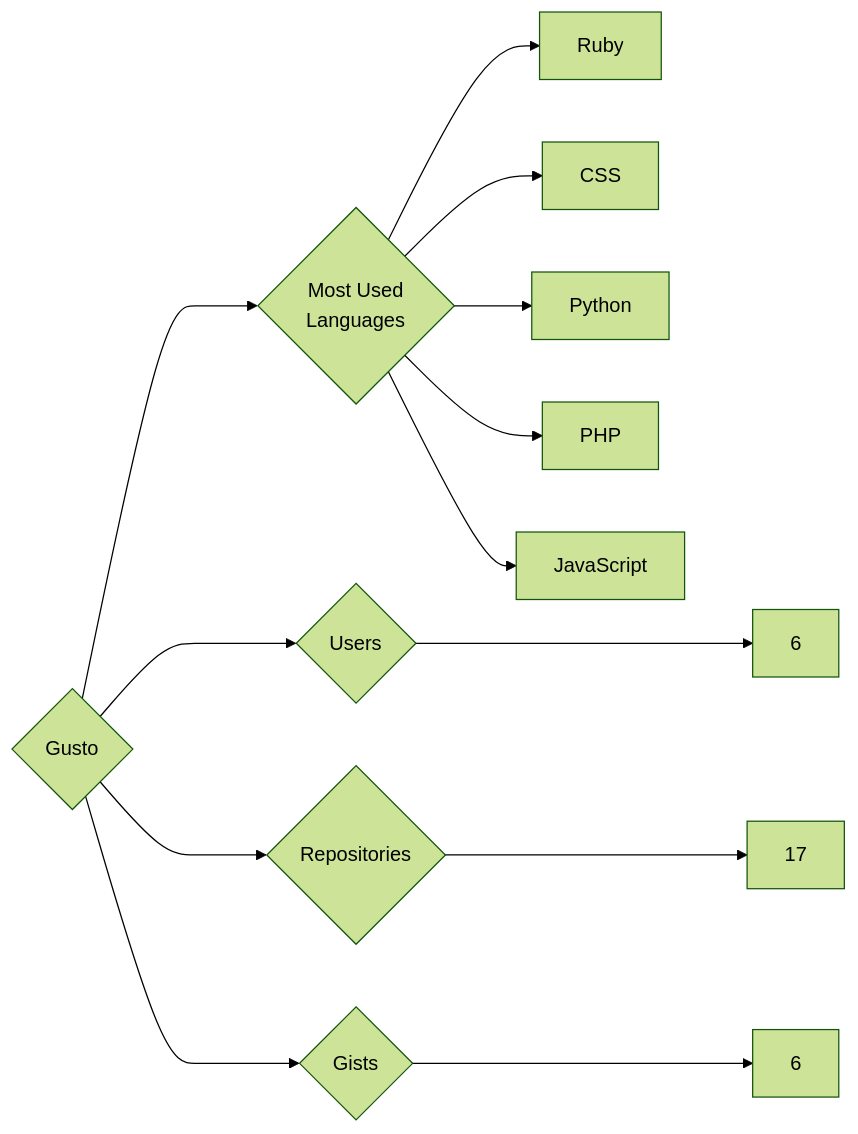
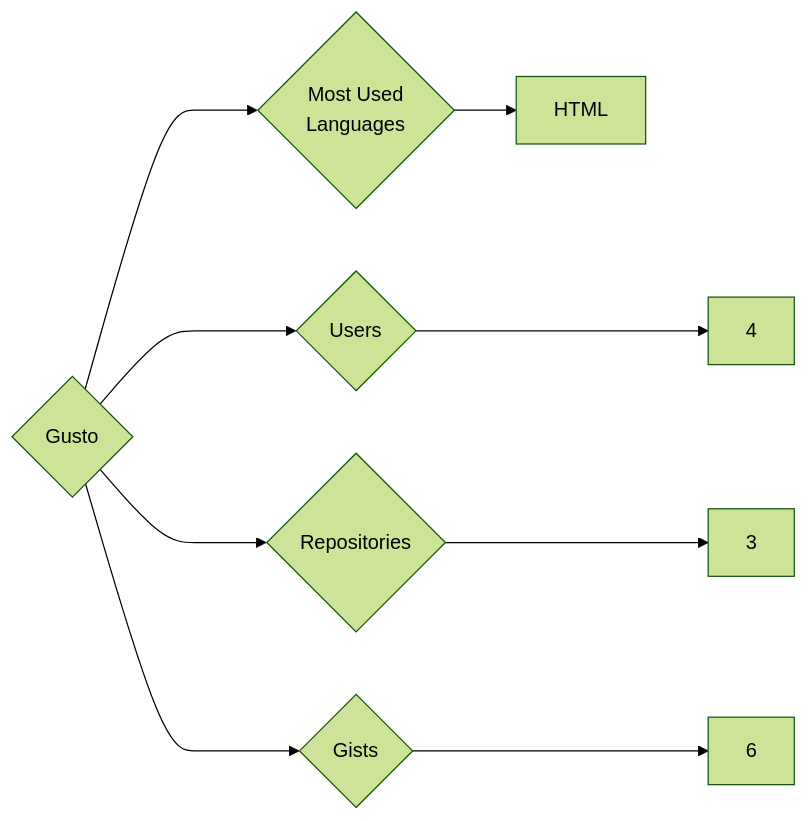
One commit to trickest/insiders changed the diagram in targets/Gusto/README.md. Above: the diagram before and after it, drawn with Mermaid (forest theme). The commit also changed 993 other files, not shown here.

````diff
--- a/targets/Gusto/README.md
+++ b/targets/Gusto/README.md
@@ -3,13 +3,9 @@
 ```mermaid
 graph LR
 COMPANY_NAME{Gusto}
-COMPANY_NAME ---> U{Users} ---> UN[6]
-COMPANY_NAME ---> R{Repositories} ---> RN[17]
+COMPANY_NAME ---> U{Users} ---> UN[4]
+COMPANY_NAME ---> R{Repositories} ---> RN[3]
 COMPANY_NAME ---> G{Gists} ---> GN[6]
 COMPANY_NAME ---> ML{Most Used<br>Languages}
-ML --> Ruby[Ruby]
-ML --> CSS[CSS]
-ML --> Python[Python]
-ML --> PHP[PHP]
-ML --> JavaScript[JavaScript]
+ML --> HTML[HTML]
 ```
````
